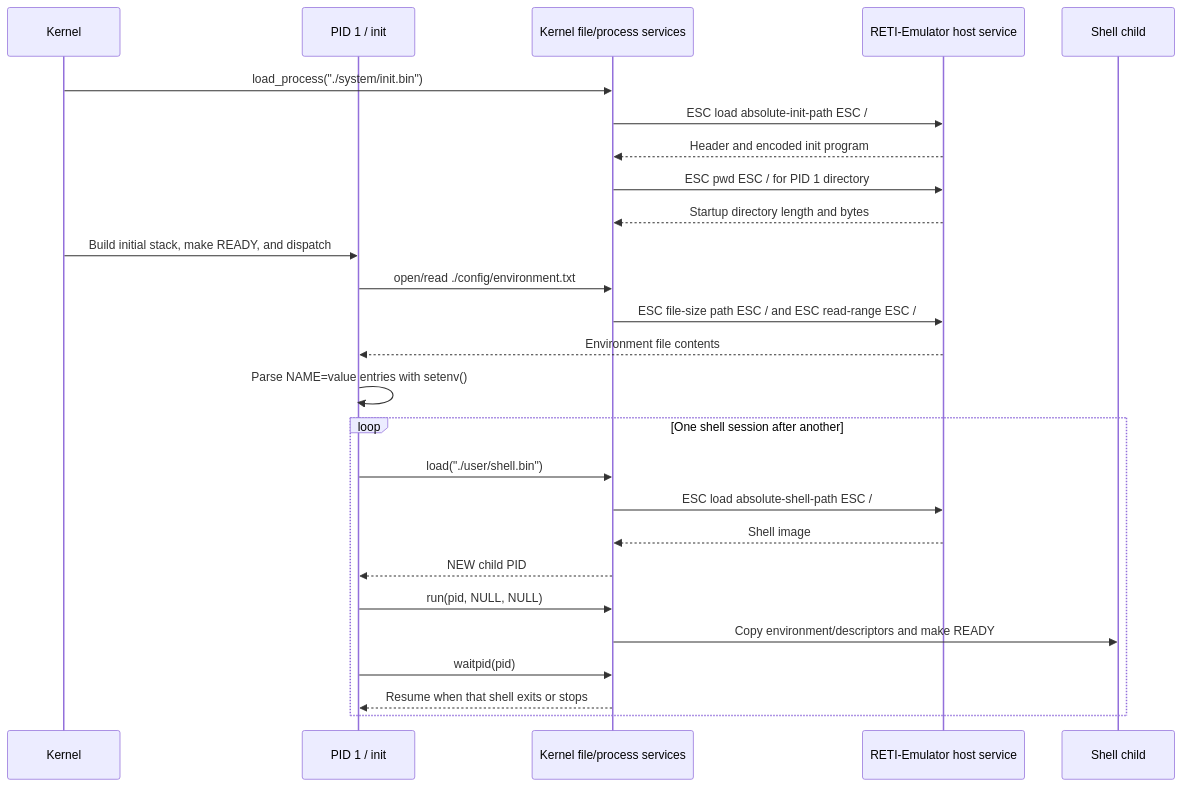
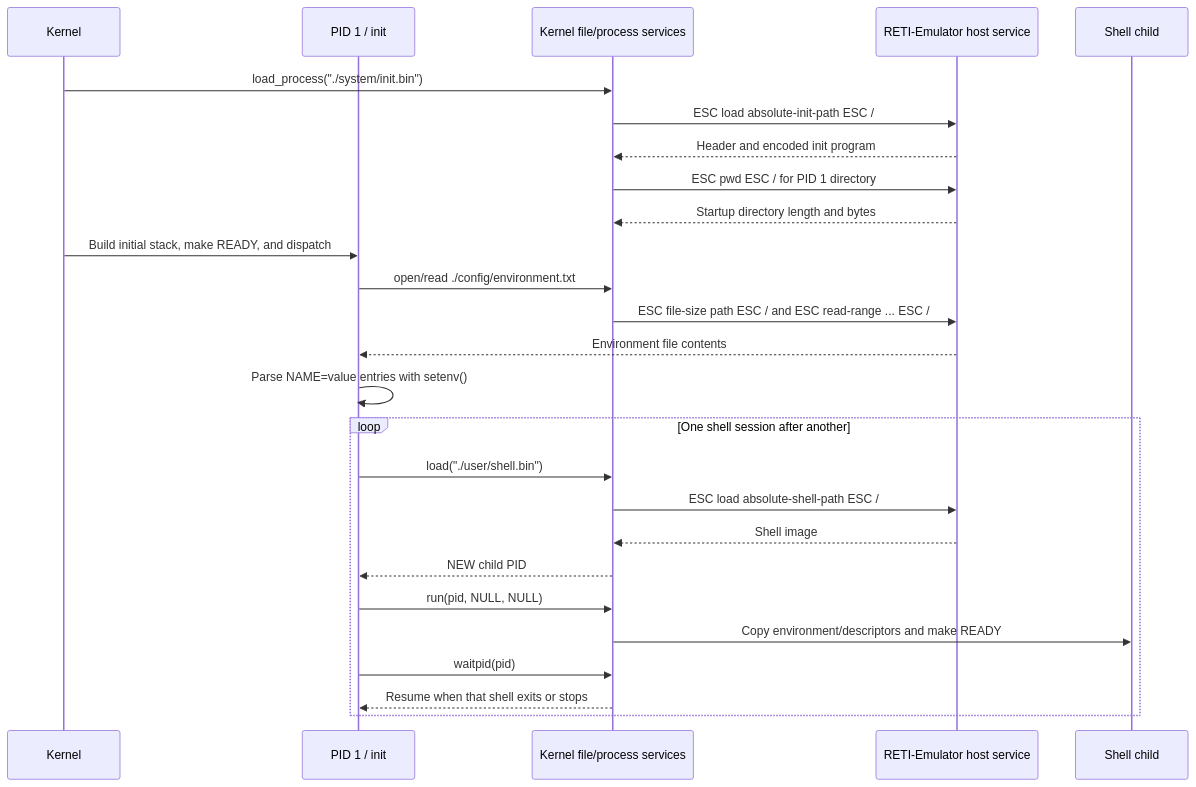
One commit to matthejue/Pico-OS changed diagram 22 of 26 in README.md. Above: the diagram before and after it, drawn with Mermaid. The commit also changed other lines of this file, not shown here.

````diff
--- a/README.md
+++ b/README.md
@@ -2967,29 +3165,29 @@
 ```mermaid
 sequenceDiagram
     participant K as Kernel
     participant Init as PID 1 / init
     participant F as Kernel file/process services
     participant H as RETI-Emulator host service
     participant S as Shell child
 
     K->>F: load_process("./system/init.bin")
     F->>H: ESC load absolute-init-path ESC /
     H-->>F: Header and encoded init program
     F->>H: ESC pwd ESC / for PID 1 directory
     H-->>F: Startup directory length and bytes
     K->>Init: Build initial stack, make READY, and dispatch
     Init->>F: open/read ./config/environment.txt
-    F->>H: ESC file-size path ESC / and ESC read-range ESC /
+    F->>H: ESC file-size path ESC / and ESC read-range ... ESC /
     H-->>Init: Environment file contents
     Init->>Init: Parse NAME=value entries with setenv()
     loop One shell session after another
         Init->>F: load("./user/shell.bin")
         F->>H: ESC load absolute-shell-path ESC /
         H-->>F: Shell image
         F-->>Init: NEW child PID
         Init->>F: run(pid, NULL, NULL)
         F->>S: Copy environment/descriptors and make READY
         Init->>F: waitpid(pid)
         F-->>Init: Resume when that shell exits or stops
     end
 ```
````
